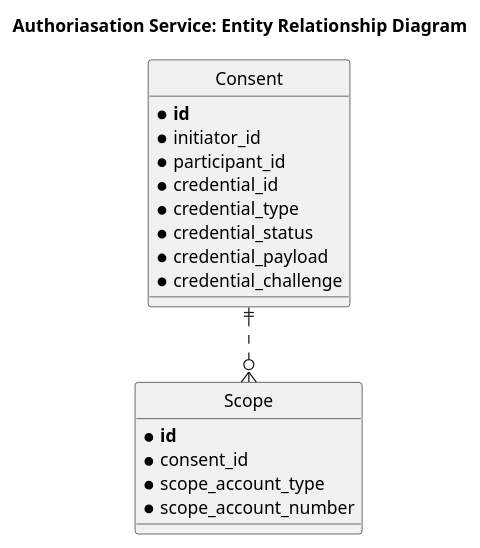
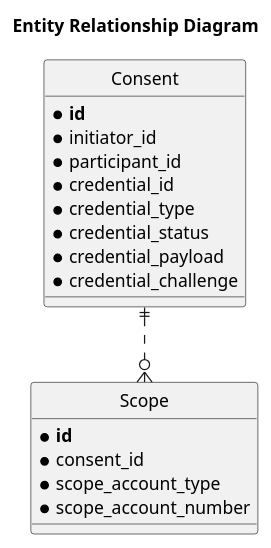
One commit to mojaloop/auth-service changed the diagram in docs/ErDiagram.puml. Above: the diagram before and after it, drawn with PlantUML. The commit also changed 1 other file, not shown here.

```diff
--- a/docs/ErDiagram.puml
+++ b/docs/ErDiagram.puml
@@ -1,30 +1,30 @@
 @startuml
 
-title Authoriasation Service: Entity Relationship Diagram
+title Entity Relationship Diagram 
 ' hide the spot
 hide circle
 
 ' avoid problems with angled crows feet
 skinparam linetype ortho
 
 entity "Consent" as e01 {
   * **id**
   * initiator_id
   * participant_id
   * credential_id
   * credential_type
   * credential_status
   * credential_payload
   * credential_challenge
 }
 
 entity "Scope" as e02 {
   * **id**
   * consent_id
   * scope_account_type
   * scope_account_number
 }
 
 
 e01 ||..o{ e02
 @enduml
```
